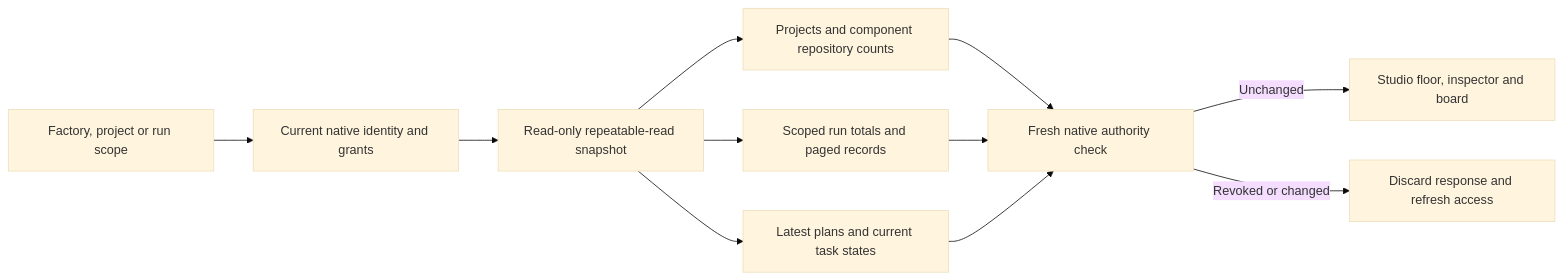
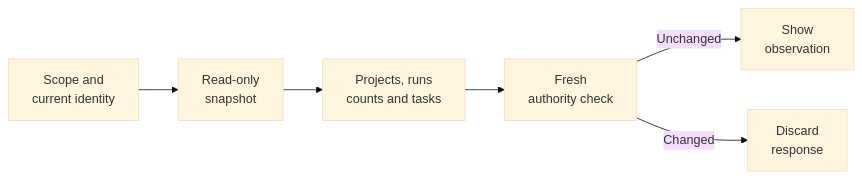
The diagram in docs/factory-dashboard.md (fireflyframework/firefly-forge), drawn with Mermaid (base theme) before and after one commit. The commit also changed other lines of this file and 487 other files, not shown here.

Commit message:
Declare UI test dependencies and preserve readable dashboard diagrams

````diff
--- a/docs/factory-dashboard.md
+++ b/docs/factory-dashboard.md
@@ -85,13 +87,8 @@
 ```mermaid
 flowchart LR
-    A[Factory, project or run scope] --> B[Current native identity and grants]
-    B --> C[Read-only repeatable-read snapshot]
-    C --> D[Projects and component repository counts]
-    C --> E[Scoped run totals and paged records]
-    C --> F[Latest plans and current task states]
-    D --> G[Fresh native authority check]
-    E --> G
-    F --> G
-    G -->|Unchanged| H[Studio floor, inspector and board]
-    G -->|Revoked or changed| I[Discard response and refresh access]
+    A["Scope and<br/>current identity"] --> B["Read-only<br/>snapshot"]
+    B --> C["Projects, runs<br/>counts and tasks"]
+    C --> D["Fresh<br/>authority check"]
+    D -->|Unchanged| E["Show<br/>observation"]
+    D -->|Changed| F["Discard<br/>response"]
 ```
````
